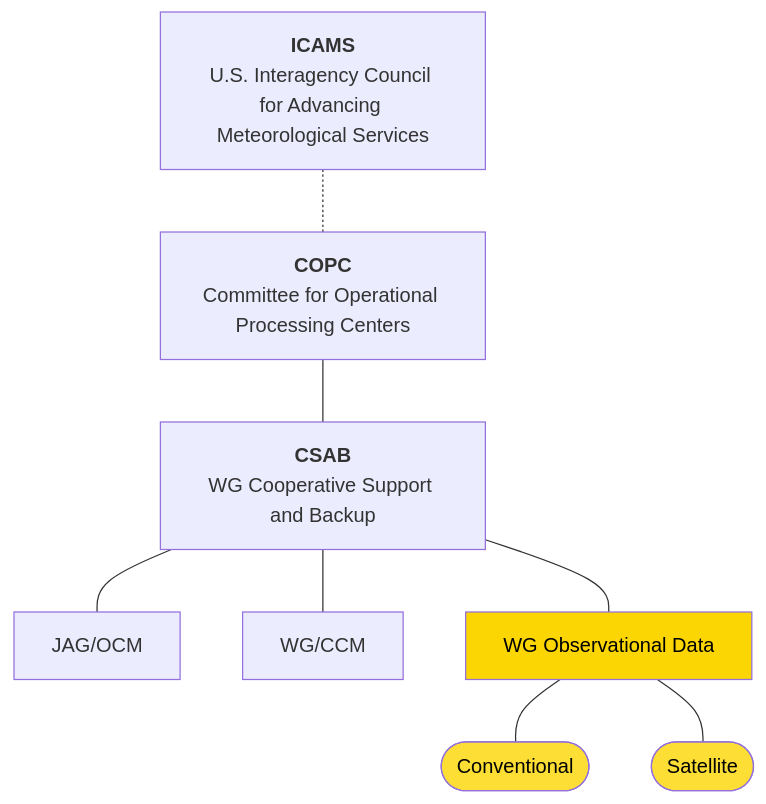
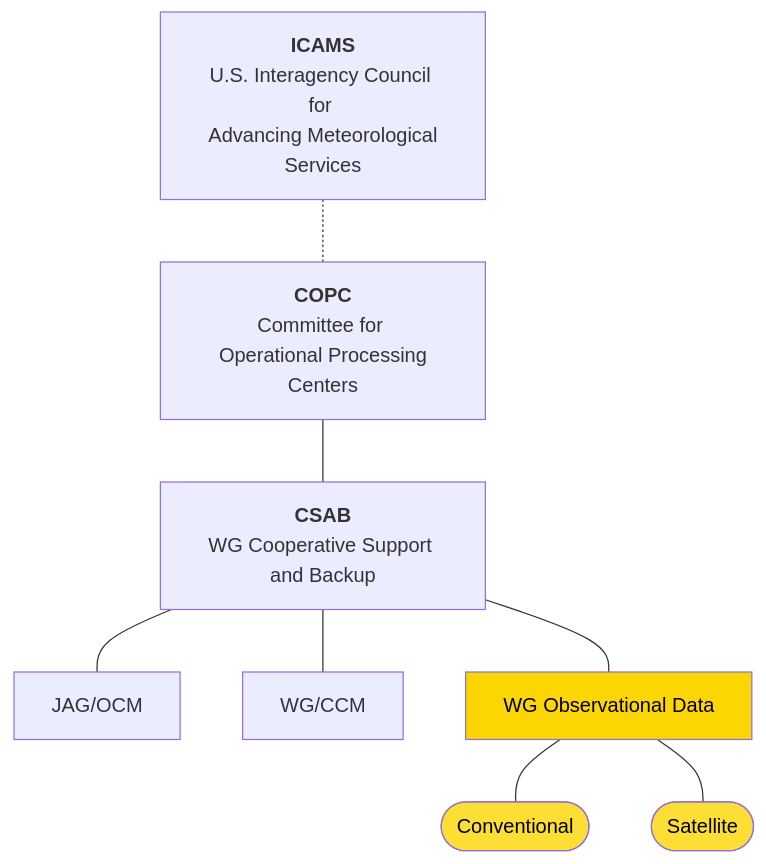
Before and after one commit to WG-OD/.github: the diagram in README.md, drawn with Mermaid. The commit also changed other lines of this file, not shown here.

````diff
--- a/README.md
+++ b/README.md
@@ -7,39 +7,39 @@
 ```mermaid
 
 flowchart TD
 
-    ICAMS["<b>ICAMS</b><br>U.S. Interagency Council for Advancing Meteorological Services"]
-    COPC["<b>COPC</b><br>Committee for Operational Processing Centers"] 
+    ICAMS["<b>ICAMS</b><br>U.S. Interagency Council for <br> Advancing Meteorological Services"]
+    COPC["<b>COPC</b><br>Committee for <br> Operational Processing Centers"]
     CSAB["<b>CSAB</b><br>WG Cooperative Support and Backup"]
     OCM[JAG/OCM]
     CCM[WG/CCM]
     OD["WG Observational Data"]
     sat([Conventional])
     con([Satellite])
 
     ICAMS -.- COPC
     COPC --- CSAB
     CSAB --- OCM
     CSAB --- CCM
     CSAB --- OD
     OD --- sat
     OD --- con
 
     style OD color:black,fill:#fcd602
     style sat color:black,fill:#fcd602cb
     style con color:black,fill:#fcd602cb
 
     click ICAMS href "https://www.icams-portal.gov/index.html" "Interagency Council for Advancing Meteorological Services"
 
     click COPC href "https://www.icams-portal.gov/resources/ofcm/groups/copc/copc.htm" "Committee for Operational Processing Centers"
 
     click CSAB href "https://www.icams-portal.gov/resources/ofcm/groups/csab/wgcsab.htm" "Working Group for Cooperative Support and Backup"
-    
+
     click OD href "https://www.icams-portal.gov/resources/ofcm/groups/od/od.htm" "Working Group for Observational Data"
-    
+
     click OCM href "https://www.icams-portal.gov/resources/ofcm/groups/ocm/jagocm.htm" "Joint Action Group for Operational Community Modeling"
-    
+
     click CCM href "https://www.icams-portal.gov/resources/ofcm/groups/ccm/wgccm.htm" "Working group for Centralized Communications Management"
 
 
 ```
````
